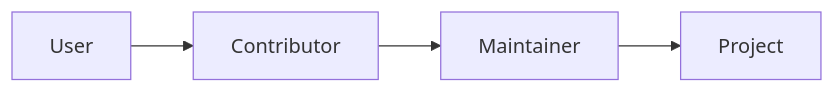
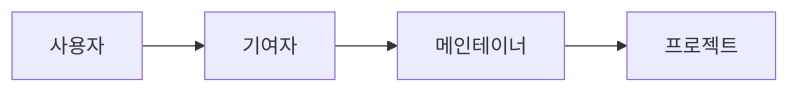
Before and after one commit to yeongseon-books/book-content: the diagram in content/open-source-101/ko/01-what-is-open-source.md, drawn with Mermaid. The commit also changed other lines of this file and 9 other files, not shown here.

````diff
--- a/content/open-source-101/ko/01-what-is-open-source.md
+++ b/content/open-source-101/ko/01-what-is-open-source.md
@@ -33,6 +47,6 @@
 ```mermaid
 flowchart LR
-    U[User] --> C[Contributor]
-    C --> M[Maintainer]
-    M --> P[Project]
+    U[사용자] --> C[기여자]
+    C --> M[메인테이너]
+    M --> P[프로젝트]
 ```
````
